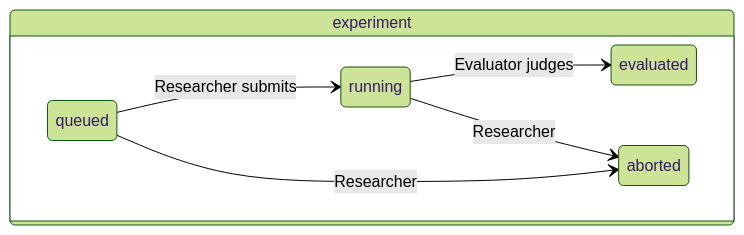
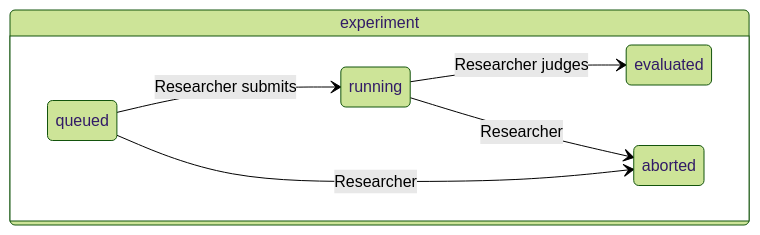
Before and after one commit to ivanmijatovic89/polymarket-bot: the second of 3 diagrams in strategy-research-protocol/README.md, drawn with Mermaid (forest theme). The commit also changed other lines of this file and 22 other files, not shown here.

First line of the commit message:
Merge Evaluator role into Researcher (issue #83)

````diff
--- a/strategy-research-protocol/README.md
+++ b/strategy-research-protocol/README.md
@@ -93,11 +93,11 @@
 ```mermaid
 stateDiagram-v2
   direction LR
   state "experiment" as exp {
     direction LR
     queued --> running : Researcher submits
-    running --> evaluated : Evaluator judges
+    running --> evaluated : Researcher judges
     queued --> aborted : Researcher
     running --> aborted : Researcher
   }
 ```
````
